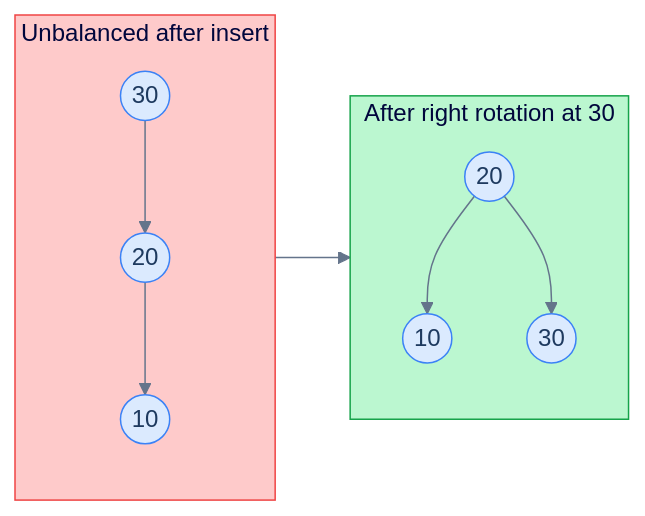
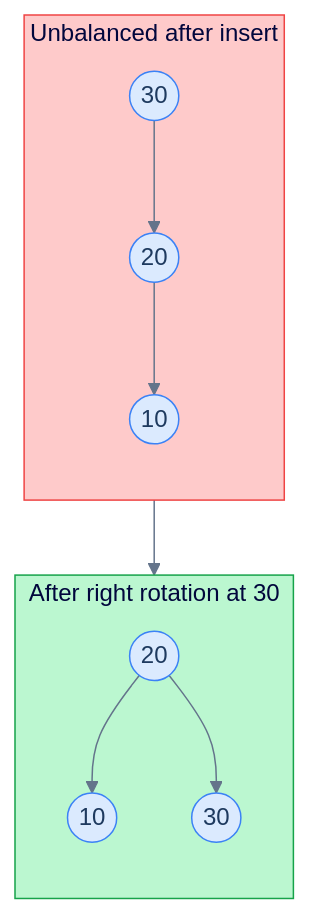
One commit to ani2fun/note-book changed diagram 19 of 19 in src/computer-science/DSA/data-structures/8.binary-search-tree/02-height-and-balance-in-binary-search-trees.md. Above: the diagram before and after it, drawn with Mermaid. The commit also changed other lines of this file and 4 other files, not shown here.

````diff
--- a/src/computer-science/DSA/data-structures/8.binary-search-tree/02-height-and-balance-in-binary-search-trees.md
+++ b/src/computer-science/DSA/data-structures/8.binary-search-tree/02-height-and-balance-in-binary-search-trees.md
@@ -1389,31 +1415,33 @@
 ```mermaid
 ---
 config:
   theme: base
   themeVariables:
     primaryColor: "#dbeafe"
     primaryBorderColor: "#3b82f6"
     primaryTextColor: "#1e3a5f"
     lineColor: "#64748b"
     secondaryColor: "#ede9fe"
     tertiaryColor: "#fef9c3"
 ---
-flowchart LR
+flowchart TB
     subgraph Before["Unbalanced after insert"]
+        direction TB
         B1((30))
         B2((20))
         B3((10))
         B1 --> B2
         B2 --> B3
     end
     subgraph After["After right rotation at 30"]
+        direction TB
         A1((20))
         A2((10))
         A3((30))
         A1 --> A2
         A1 --> A3
     end
     Before --> After
     style Before fill:#fecaca,stroke:#ef4444
     style After fill:#bbf7d0,stroke:#16a34a
 ```
````
